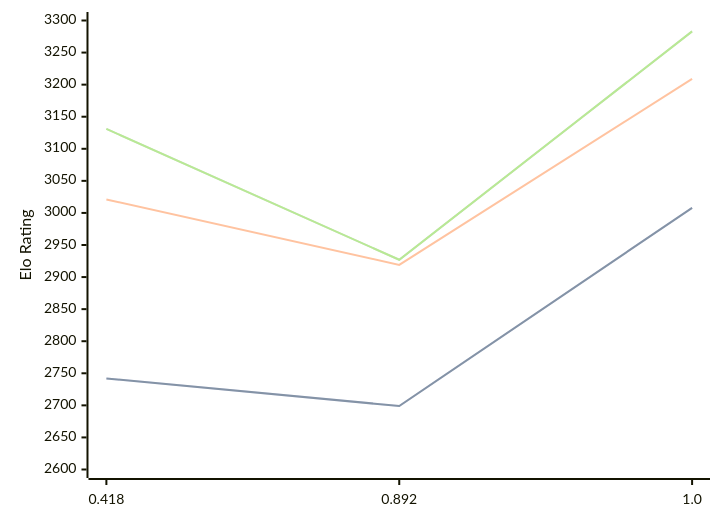
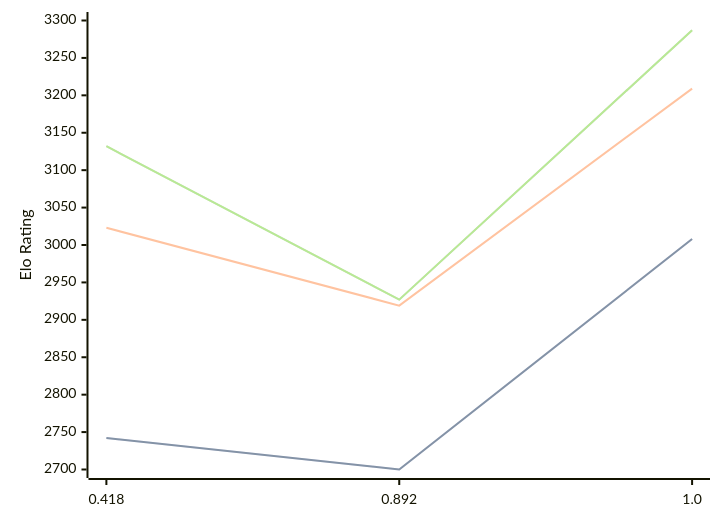
One commit to computer-chess-index/cci changed the diagram in engines/Malika.md. Above: the diagram before and after it, drawn with Mermaid. The commit also changed other lines of this file, not shown here.

Commit message:
Update CCI Ratings (ELO VLTC) - 2026-04-13

````diff
--- a/engines/Malika.md
+++ b/engines/Malika.md
@@ -33,11 +33,11 @@
 ```mermaid
 %%{init: {"theme":"base","themeVariables":{"seriesColors:['#a3a3a3','#222221','#faa371']}}}%%
 xychart-beta
   x-axis ["0.418", "0.892", "1.0"]
-  y-axis "Elo Rating" 2600 --> 3300
-  line "STC (8.0+0.08s)" [2742, 2699, 3008]
-  line "STC (8.0+0.08s)" [2742, 2699, 3008]
-  line "LTC (60.0+0.60s)" [3021, 2919, 3209]
-  line "VLTC (2m24s+1.12s)" [3131, 2927, 3283]
-  line "VLTC (2m24s+1.12s)" [3131, 2927, 3283]
+  y-axis "Elo Rating" 2700 --> 3300
+  line "STC (8.0+0.08s)" [2742, 2700, 3008]
+  line "STC (8.0+0.08s)" [2742, 2700, 3008]
+  line "LTC (60.0+0.60s)" [3023, 2919, 3209]
+  line "VLTC (2m24s+1.12s)" [3132, 2927, 3287]
+  line "VLTC (2m24s+1.12s)" [3132, 2927, 3287]
 ```
````
